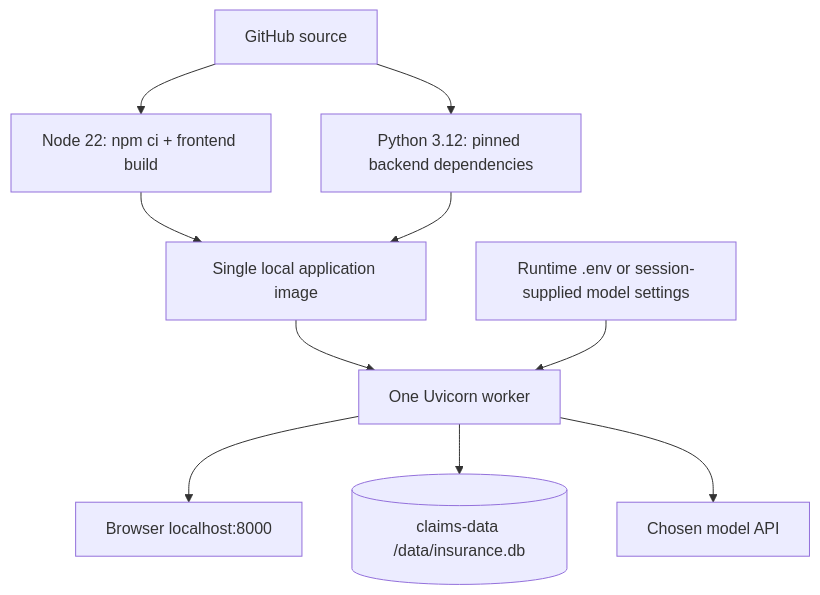
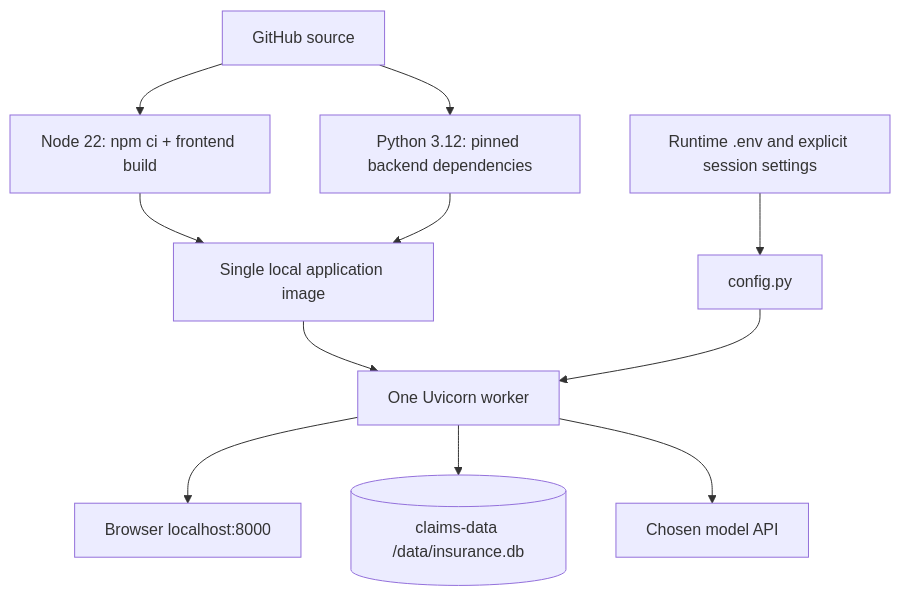
The tenth of 10 diagrams in docs/architecture.md (XinhaoTheo/insurance-claims-sop-agent), drawn with Mermaid before and after one commit. The commit also changed other lines of this file and 1 other file, not shown here.

````diff
--- a/docs/architecture.md
+++ b/docs/architecture.md
@@ -156,12 +203,13 @@
 ```mermaid
 flowchart TD
     Source["GitHub source"] --> Node["Node 22: npm ci + frontend build"]
     Source --> Python["Python 3.12: pinned backend dependencies"]
     Node --> Image["Single local application image"]
     Python --> Image
     Image --> Container["One Uvicorn worker"]
-    Env["Runtime .env or session-supplied model settings"] --> Container
+    Env["Runtime .env and explicit session settings"] --> Config["config.py"]
+    Config --> Container
     Container --> UI["Browser localhost:8000"]
     Container --> Volume[("claims-data /data/insurance.db")]
     Container --> Model["Chosen model API"]
 ```
````
